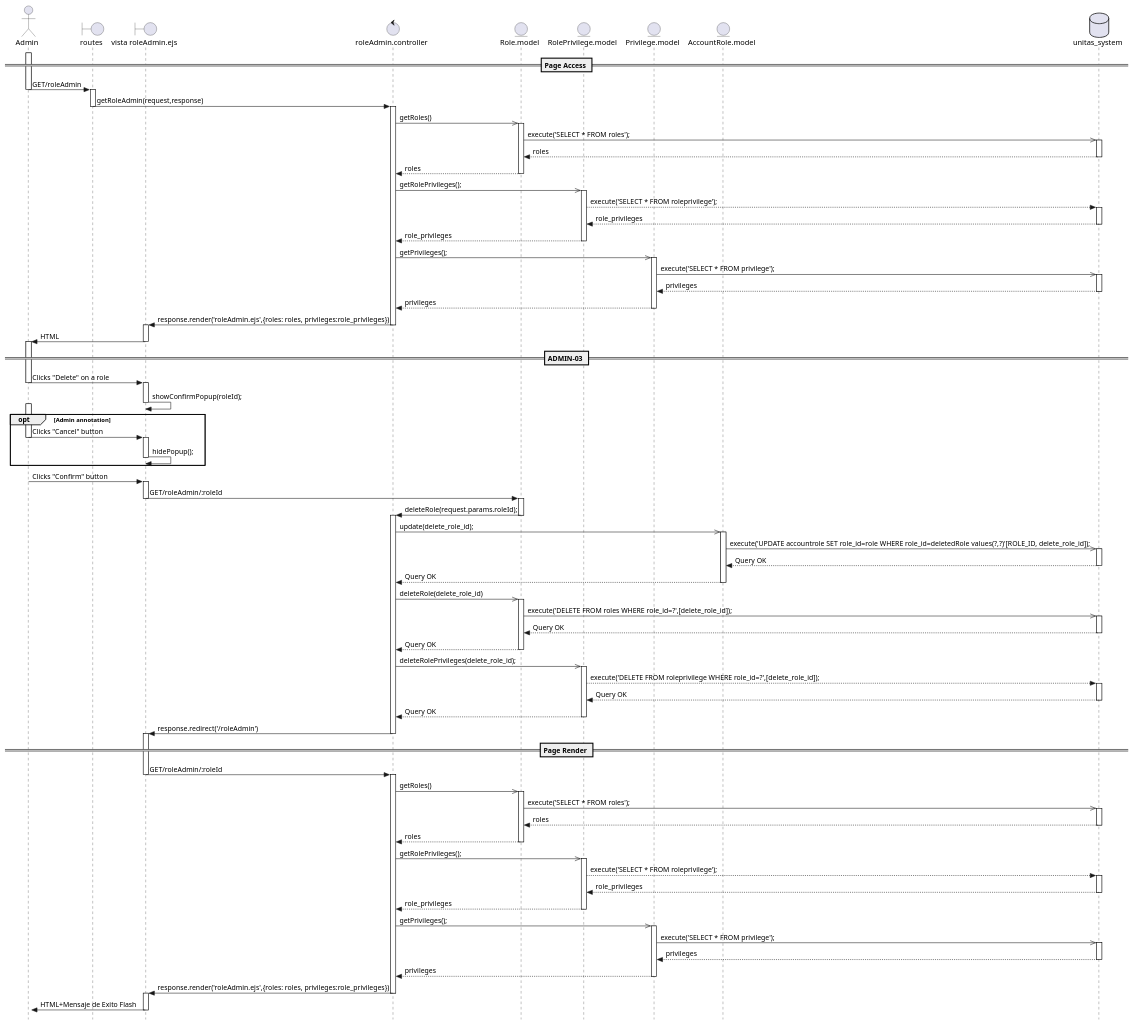
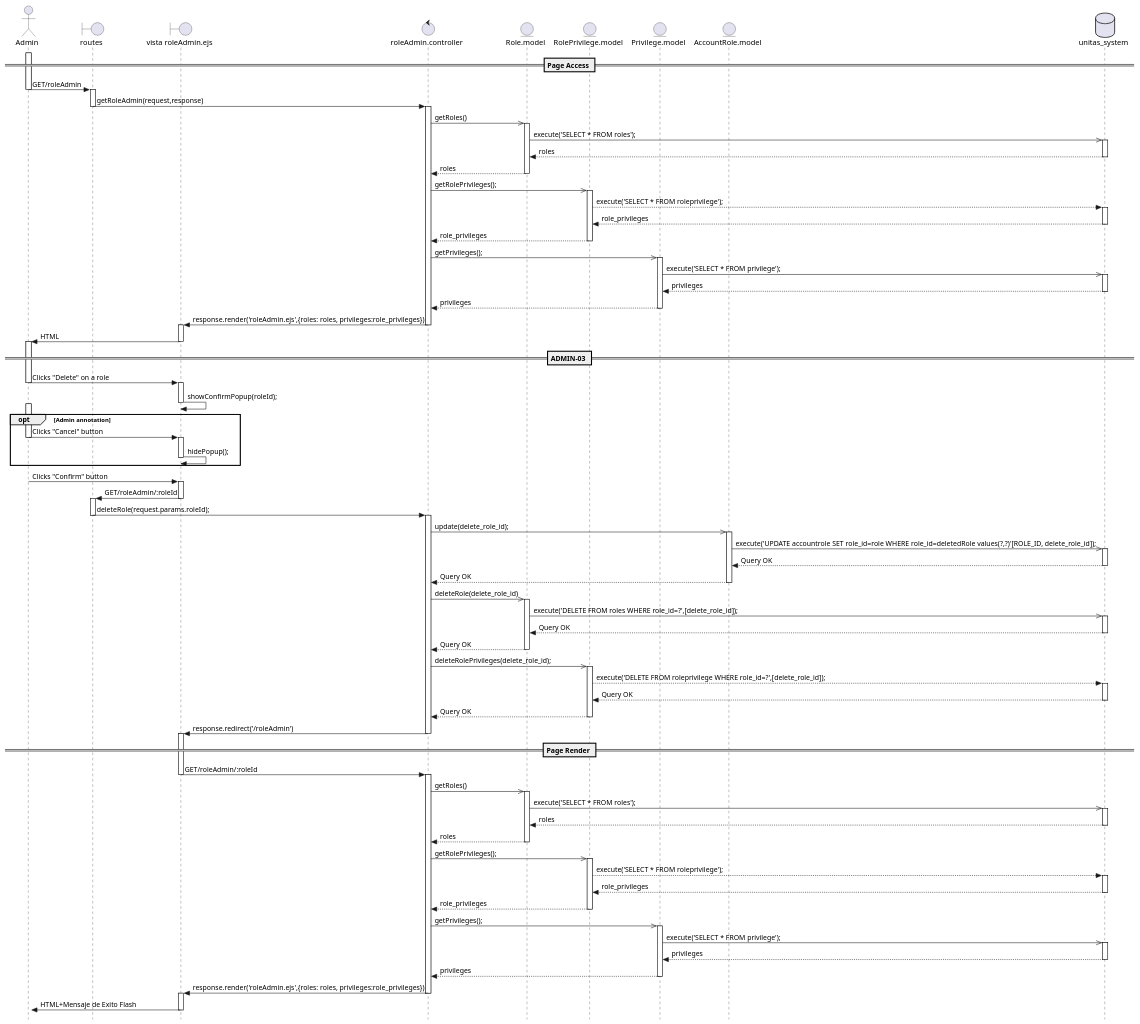
One commit to Berthou05/LimboSoftwareDevelopment_Change.org changed the diagram in documentation/sequence_diagrams/ADMIN-03-SD.puml. Above: the diagram before and after it, drawn with PlantUML.

Commit message:
[DOCS]: Modification SD-ADMIN-03.

```diff
--- a/documentation/sequence_diagrams/ADMIN-03-SD.puml
+++ b/documentation/sequence_diagrams/ADMIN-03-SD.puml
@@ -1,148 +1,148 @@
 @startuml
 skinparam style strictuml
 
 actor Admin as A   
 boundary "routes" as RO
 boundary "vista roleAdmin.ejs" as V
 control "roleAdmin.controller" as C
 entity "Role.model" as R
 entity "RolePrivilege.model" as RP
 entity "Privilege.model" as P
 entity "AccountRole.model" as AR
 database "unitas_system" as BD
 
 activate A
 == Page Access ==
 
 A -> RO:GET/roleAdmin
 deactivate A
     activate RO
     RO -> C:getRoleAdmin(request,response)
     deactivate RO
         activate C
         C ->> R:getRoles()
             activate R
             R->>BD:execute('SELECT * FROM roles');
                 activate BD
                 BD-->R:roles
                 deactivate BD
             R-->C:roles
             deactivate R
         C->>RP:getRolePrivileges();
             activate RP
             RP-->BD:execute('SELECT * FROM roleprivilege');
                 activate BD
                 BD-->RP:role_privileges
                 deactivate BD
             RP-->C:role_privileges
             deactivate RP
         C->>P:getPrivileges();
             activate P
             P->>BD:execute('SELECT * FROM privilege');
                 activate BD
                 BD-->P:privileges
                 deactivate BD
             P-->C:privileges
             deactivate P
         C->V: response.render('roleAdmin.ejs',{roles: roles, privileges:role_privileges})
         deactivate C
     activate V
     V->A:HTML
     deactivate V
 activate A
 == ADMIN-03 ==
 A->V:Clicks "Delete" on a role
 deactivate A
     activate V
     V->V:showConfirmPopup(roleId);
     deactivate V
 
 activate A
 opt Admin annotation
 A->V:Clicks "Cancel" button
 deactivate A
     activate V
     V->V:hidePopup();
     deactivate V
 end
 activate A
 
 A->V:Clicks "Confirm" button
 deactivate A
     activate V
-    V->R: GET/roleAdmin/:roleId
+    V->RO: GET/roleAdmin/:roleId
     deactivate V
-        activate R
-        R->C:deleteRole(request.params.roleId);
-        deactivate R
+        activate RO
+        RO->C:deleteRole(request.params.roleId);
+        deactivate RO
             activate C
-                
+
                 C->>AR:update(delete_role_id);
                 activate AR    
                     AR->>BD:execute('UPDATE accountrole SET role_id=role WHERE role_id=deletedRole values(?,?)'[ROLE_ID, delete_role_id]);
                     activate BD
                     BD-->AR:Query OK
                     deactivate BD
                 AR-->C:Query OK
                 deactivate AR
 
                 C ->> R:deleteRole(delete_role_id)
                     activate R
                     R->>BD:execute('DELETE FROM roles WHERE role_id=?',[delete_role_id]);
                         activate BD
                         BD-->R:Query OK
                         deactivate BD
                     R-->C:Query OK
                     deactivate R
                 C->>RP:deleteRolePrivileges(delete_role_id);
                     activate RP
                     RP-->BD:execute('DELETE FROM roleprivilege WHERE role_id=?',[delete_role_id]);
                         activate BD
                         BD-->RP:Query OK
                         deactivate BD
                     RP-->C:Query OK
                     deactivate RP
                 C->V:response.redirect('/roleAdmin')
                 deactivate C
             activate V
             == Page Render ==
             V->C: GET/roleAdmin/:roleId
             deactivate V 
                 activate C 
                 
                 C ->> R:getRoles()
                     activate R
                     R->>BD:execute('SELECT * FROM roles');
                         activate BD
                         BD-->R:roles
                         deactivate BD
                     R-->C:roles
                     deactivate R
                 C->>RP:getRolePrivileges();
                     activate RP
                     RP-->BD:execute('SELECT * FROM roleprivilege');
                         activate BD
                         BD-->RP:role_privileges
                         deactivate BD
                     RP-->C:role_privileges
                     deactivate RP
                 C->>P:getPrivileges();
                     activate P
                     P->>BD:execute('SELECT * FROM privilege');
                         activate BD
                         BD-->P:privileges
                         deactivate BD
                     P-->C:privileges
                     deactivate P
                 C->V: response.render('roleAdmin.ejs',{roles: roles, privileges:role_privileges})
                 deactivate C
             activate V
             V->A:HTML+Mensaje de Exito Flash
             deactivate V
 activate A
 
 
 
 
 
 @enduml
```
